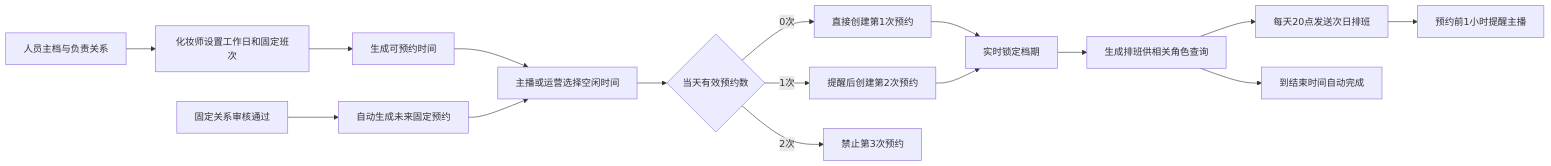
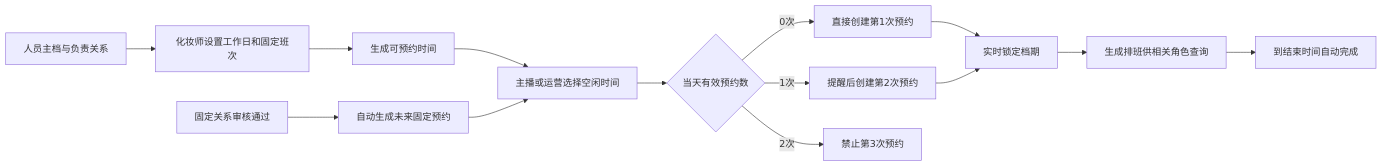
Before and after one commit to kusento173-del/makeup-booking-system: the diagram in docs/产品需求文档.md, drawn with Mermaid. The commit also changed other lines of this file and 7 other files, not shown here.

````diff
--- a/docs/产品需求文档.md
+++ b/docs/产品需求文档.md
@@ -1172,18 +1172,16 @@
 ```mermaid
 flowchart LR
     A[人员主档与负责关系] --> B[化妆师设置工作日和固定班次]
     B --> C[生成可预约时间]
     D[固定关系审核通过] --> E[自动生成未来固定预约]
     C --> F[主播或运营选择空闲时间]
     E --> F
     F --> G{当天有效预约数}
     G -->|0次| H[直接创建第1次预约]
     G -->|1次| I[提醒后创建第2次预约]
     G -->|2次| J[禁止第3次预约]
     H --> K[实时锁定档期]
     I --> K
     K --> L[生成排班供相关角色查询]
-    L --> M[每天20点发送次日排班]
-    M --> N[预约前1小时提醒主播]
     L --> O[到结束时间自动完成]
 ```
````
